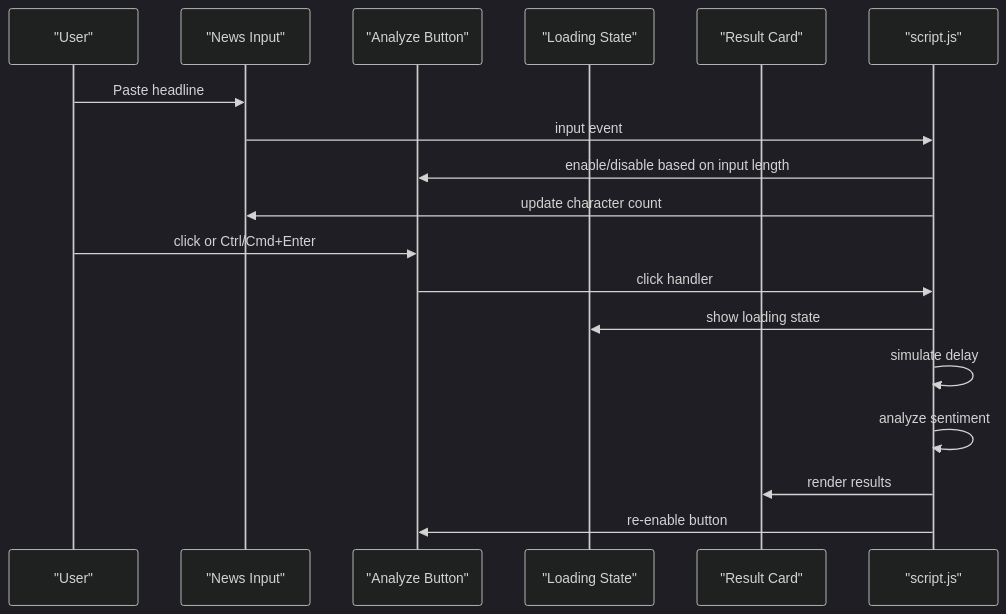
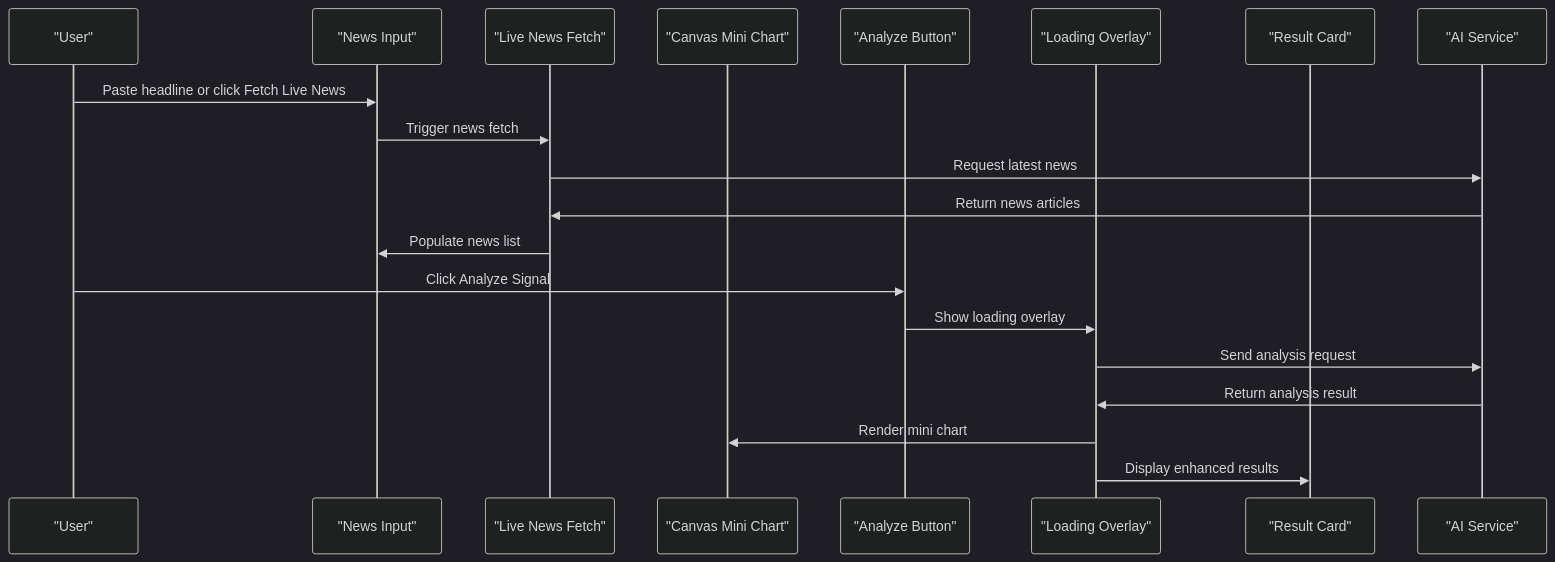
Before and after one commit to ayushtiwari1526/TheReinforcers_AyushTiwari: the second of 10 diagrams in .qoder/repowiki/en/content/User Interface Components.md, drawn with Mermaid (dark theme). The commit also changed other lines of this file and 21 other files, not shown here.

````diff
--- a/.qoder/repowiki/en/content/User Interface Components.md
+++ b/.qoder/repowiki/en/content/User Interface Components.md
@@ -72,20 +94,22 @@
 ```mermaid
 sequenceDiagram
 participant U as "User"
 participant I as "News Input"
+participant N as "Live News Fetch"
+participant C as "Canvas Mini Chart"
 participant B as "Analyze Button"
-participant L as "Loading State"
+participant L as "Loading Overlay"
 participant R as "Result Card"
-participant J as "script.js"
-U->>I : Paste headline
-I->>J : input event
-J->>B : enable/disable based on input length
-J->>I : update character count
-U->>B : click or Ctrl/Cmd+Enter
-B->>J : click handler
-J->>L : show loading state
-J->>J : simulate delay
-J->>J : analyze sentiment
-J->>R : render results
-J->>B : re-enable button
+participant A as "AI Service"
+U->>I : Paste headline or click Fetch Live News
+I->>N : Trigger news fetch
+N->>A : Request latest news
+A->>N : Return news articles
+N->>I : Populate news list
+U->>B : Click Analyze Signal
+B->>L : Show loading overlay
+L->>A : Send analysis request
+A->>L : Return analysis result
+L->>C : Render mini chart
+L->>R : Display enhanced results
 ```
````
